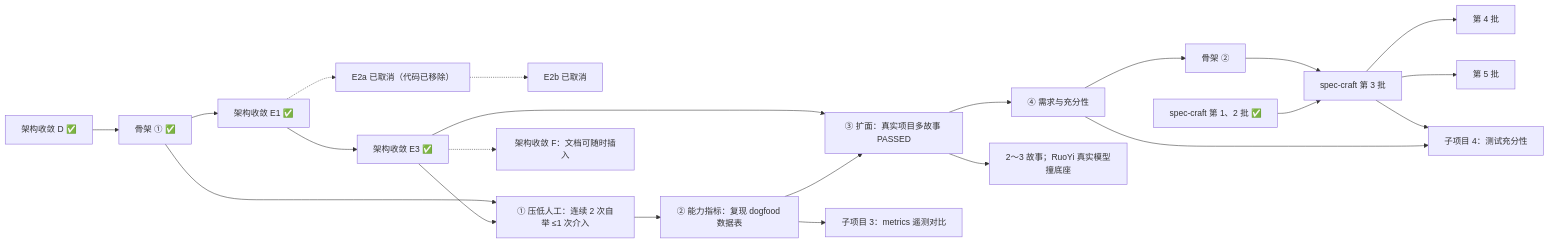
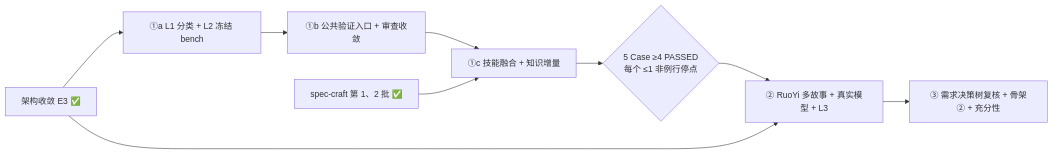
One commit to jinlin725168-ai/storyloop changed the diagram in docs/roadmap.md. Above: the diagram before and after it, drawn with Mermaid. The commit also changed other lines of this file, not shown here.

Commit message:
docs(roadmap): 调整验证入口与评测推进顺序

````diff
--- a/docs/roadmap.md
+++ b/docs/roadmap.md
@@ -61,24 +65,11 @@
 ```mermaid
 flowchart LR
-    D["架构收敛 D ✅"] --> T1["骨架 ① ✅"]
-    T1 --> E1["架构收敛 E1 ✅"]
-    E1 --> E3["架构收敛 E3 ✅"]
-    E1 -.-> E2a["E2a 已取消（代码已移除）"]
-    E2a -.-> E2b["E2b 已取消"]
-    E3 --> P1["① 压低人工：连续 2 次自举 ≤1 次介入"]
-    T1 --> P1
-    P1 --> P2["② 能力指标：复现 dogfood 数据表"]
-    P2 --> P3["③ 扩面：真实项目多故事 PASSED"]
-    P3 --> P4["④ 需求与充分性"]
-    E3 --> P3
-    E3 -.-> F["架构收敛 F：文档可随时插入"]
-    P2 --> M["子项目 3：metrics 遥测对比"]
-    P3 --> R["2～3 故事；RuoYi 真实模型撞底座"]
-    P4 --> T2["骨架 ②"]
-    S1["spec-craft 第 1、2 批 ✅"] --> S3["spec-craft 第 3 批"]
-    T2 --> S3
-    S3 --> S4["第 4 批"]
-    S3 --> S5["第 5 批"]
-    P4 --> A4["子项目 4：测试充分性"]
-    S3 --> A4
+    E3["架构收敛 E3 ✅"] --> A["①a L1 分类 + L2 冻结 bench"]
+    A --> B["①b 公共验证入口 + 审查收敛"]
+    B --> C["①c 技能融合 + 知识增量"]
+    C --> G{"5 Case ≥4 PASSED<br/>每个 ≤1 非例行停点"}
+    G --> X["② RuoYi 多故事 + 真实模型 + L3"]
+    X --> Y["③ 需求决策树复核 + 骨架② + 充分性"]
+    S["spec-craft 第 1、2 批 ✅"] --> C
+    E3 --> X
 ```
````
